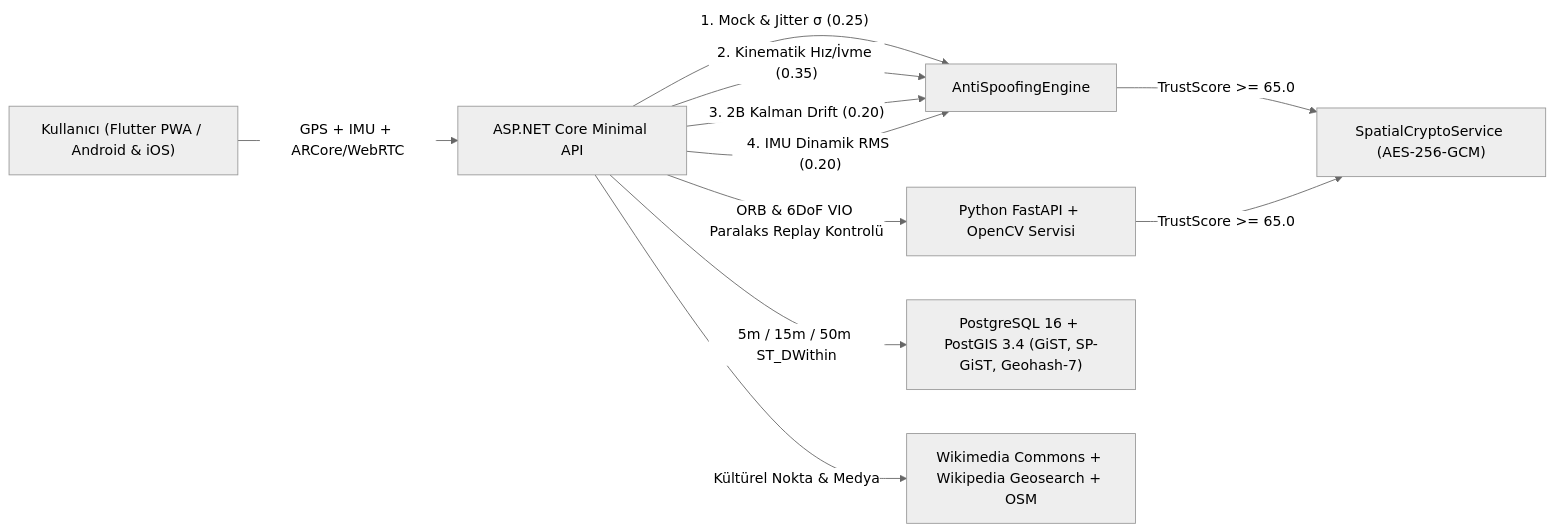
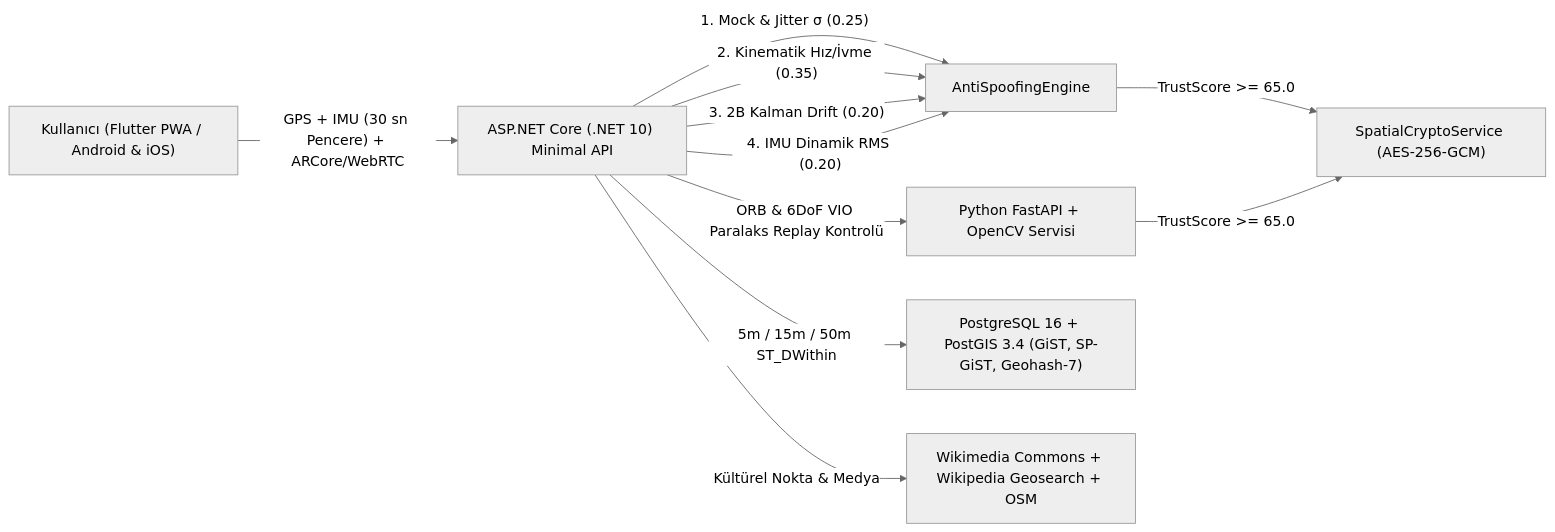
The diagram in README.md (yusufcirak07/kapsul-ar), drawn with Mermaid (neutral theme) before and after one commit. The commit also changed other lines of this file, not shown here.

````diff
--- a/README.md
+++ b/README.md
@@ -72,12 +54,12 @@
 ```mermaid
 flowchart LR
-    U["Kullanıcı (Flutter PWA / Android & iOS)"] -->|"GPS + IMU + ARCore/WebRTC"| API["ASP.NET Core Minimal API"]
+    U["Kullanıcı (Flutter PWA / Android & iOS)"] -->|"GPS + IMU (30 sn Pencere) + ARCore/WebRTC"| API["ASP.NET Core (.NET 10) Minimal API"]
     API -->|"1. Mock & Jitter σ (0.25)"| AS["AntiSpoofingEngine"]
     API -->|"2. Kinematik Hız/İvme (0.35)"| AS
     API -->|"3. 2B Kalman Drift (0.20)"| AS
     API -->|"4. IMU Dinamik RMS (0.20)"| AS
     API -->|"ORB & 6DoF VIO Paralaks Replay Kontrolü"| CV["Python FastAPI + OpenCV Servisi"]
     AS & CV -->|"TrustScore >= 65.0"| CRYPTO["SpatialCryptoService (AES-256-GCM)"]
     API -->|"5m / 15m / 50m ST_DWithin"| SPATIAL["PostgreSQL 16 + PostGIS 3.4 (GiST, SP-GiST, Geohash-7)"]
     API -->|"Kültürel Nokta & Medya"| EXT["Wikimedia Commons + Wikipedia Geosearch + OSM"]
 ```
````
